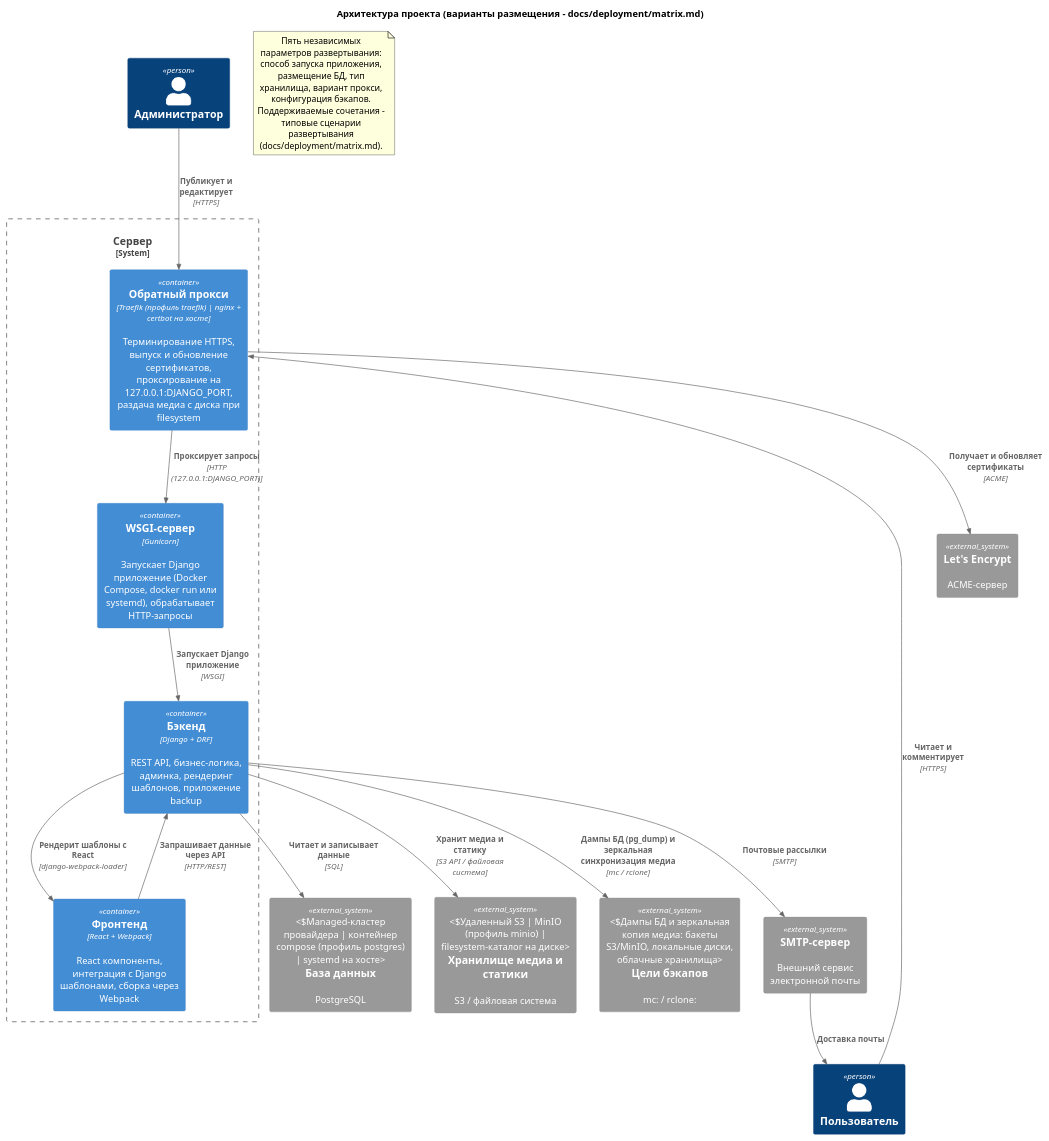
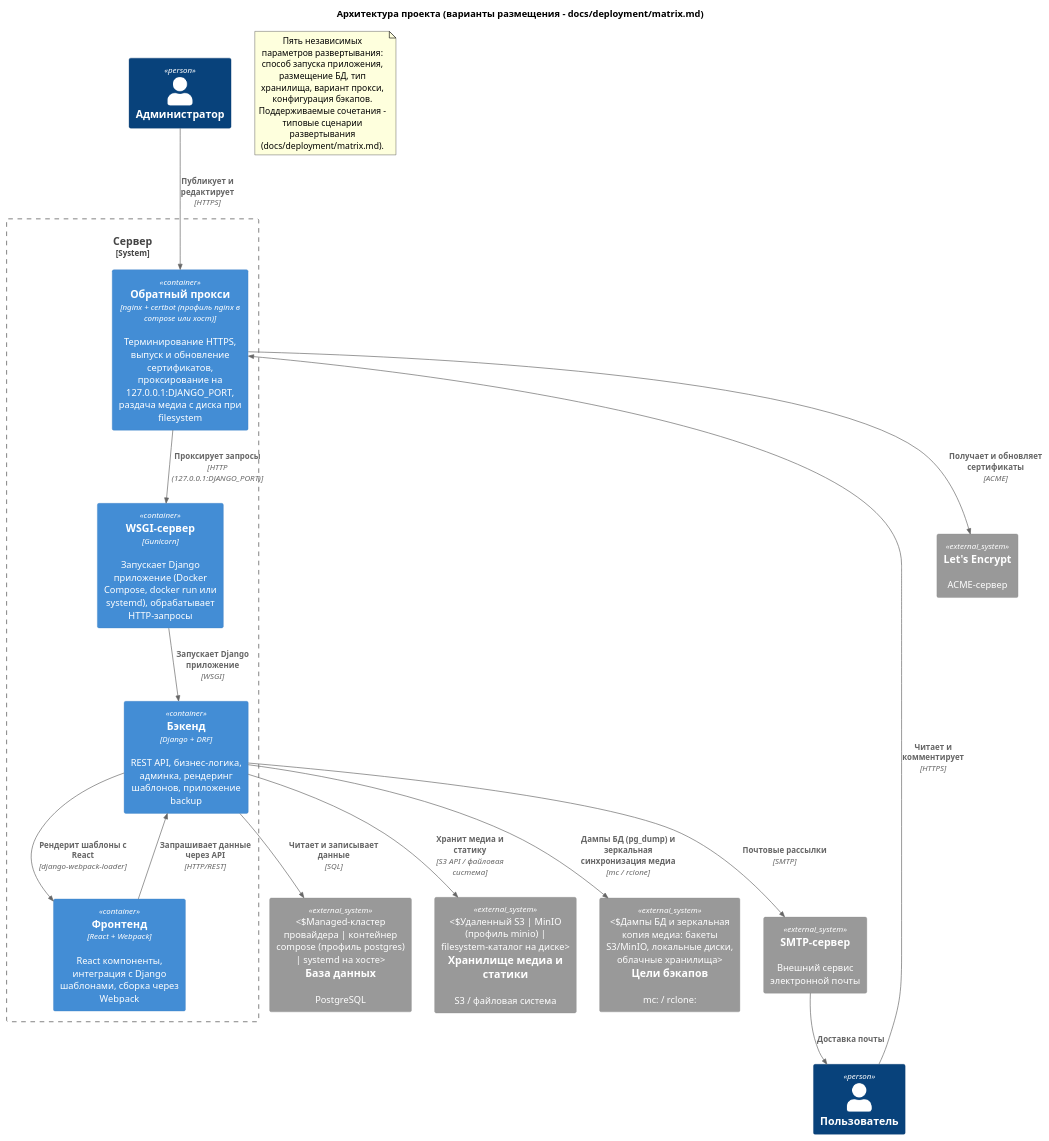
One commit to mikhpo/personal-website changed the diagram in docs/diagrams/src/container.puml. Above: the diagram before and after it, drawn with PlantUML. The commit also changed 19 other files, not shown here.

Commit message:
feat: замена Traefik на nginx + certbot в Docker Compose

```diff
--- a/docs/diagrams/src/container.puml
+++ b/docs/diagrams/src/container.puml
@@ -1,43 +1,43 @@
 @startuml container
 
 !include <C4/C4_Container>
 
 title Архитектура проекта (варианты размещения - docs/deployment/matrix.md)
 
 Person(user, "Пользователь")
 Person(admin, "Администратор")
 
 System_Boundary(server, "Сервер") {
-    Container(proxy, "Обратный прокси", "Traefik (профиль traefik) | nginx + certbot на хосте", "Терминирование HTTPS, выпуск и обновление сертификатов, проксирование на 127.0.0.1:DJANGO_PORT, раздача медиа с диска при filesystem")
+    Container(proxy, "Обратный прокси", "nginx + certbot (профиль nginx в compose или хост)", "Терминирование HTTPS, выпуск и обновление сертификатов, проксирование на 127.0.0.1:DJANGO_PORT, раздача медиа с диска при filesystem")
     Container(gunicorn, "WSGI-сервер", "Gunicorn", "Запускает Django приложение (Docker Compose, docker run или systemd), обрабатывает HTTP-запросы")
     Container(backend, "Бэкенд", "Django + DRF", "REST API, бизнес-логика, админка, рендеринг шаблонов, приложение backup")
     Container(frontend, "Фронтенд", "React + Webpack", "React компоненты, интеграция с Django шаблонами, сборка через Webpack")
 }
 
 System_Ext(db, "База данных", "PostgreSQL", "Managed-кластер провайдера | контейнер compose (профиль postgres) | systemd на хосте")
 System_Ext(s3, "Хранилище медиа и статики", "S3 / файловая система", "Удаленный S3 | MinIO (профиль minio) | filesystem-каталог на диске")
 System_Ext(backup_targets, "Цели бэкапов", "mc: / rclone:", "Дампы БД и зеркальная копия медиа: бакеты S3/MinIO, локальные диски, облачные хранилища")
 System_Ext(smtp, "SMTP-сервер", "Внешний сервис электронной почты")
 System_Ext(le, "Let's Encrypt", "ACME-сервер")
 
 Rel(user, proxy, "Читает и комментирует", "HTTPS")
 Rel(admin, proxy, "Публикует и редактирует", "HTTPS")
 Rel(proxy, gunicorn, "Проксирует запросы", "HTTP (127.0.0.1:DJANGO_PORT)")
 Rel(gunicorn, backend, "Запускает Django приложение", "WSGI")
 Rel(backend, frontend, "Рендерит шаблоны с React", "django-webpack-loader")
 Rel(frontend, backend, "Запрашивает данные через API", "HTTP/REST")
 Rel(backend, db, "Читает и записывает данные", "SQL")
 Rel(backend, s3, "Хранит медиа и статику", "S3 API / файловая система")
 Rel(backend, smtp, "Почтовые рассылки", "SMTP")
 Rel(smtp, user, "Доставка почты")
 Rel(backend, backup_targets, "Дампы БД (pg_dump) и зеркальная синхронизация медиа", "mc / rclone")
 Rel(proxy, le, "Получает и обновляет сертификаты", "ACME")
 
 note as VariantsNote
   Пять независимых параметров развертывания: способ запуска приложения,
   размещение БД, тип хранилища, вариант прокси, конфигурация бэкапов.
   Поддерживаемые сочетания - типовые сценарии развертывания
   (docs/deployment/matrix.md).
 end note
 
 @enduml
```
